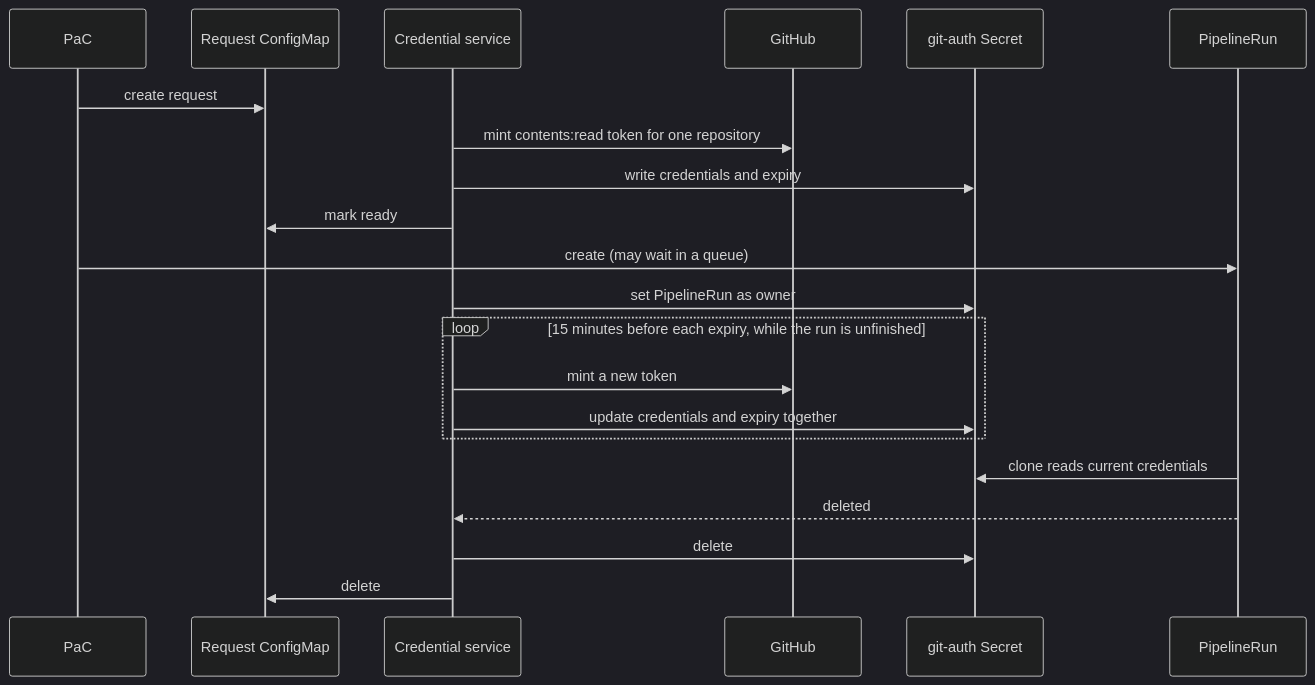
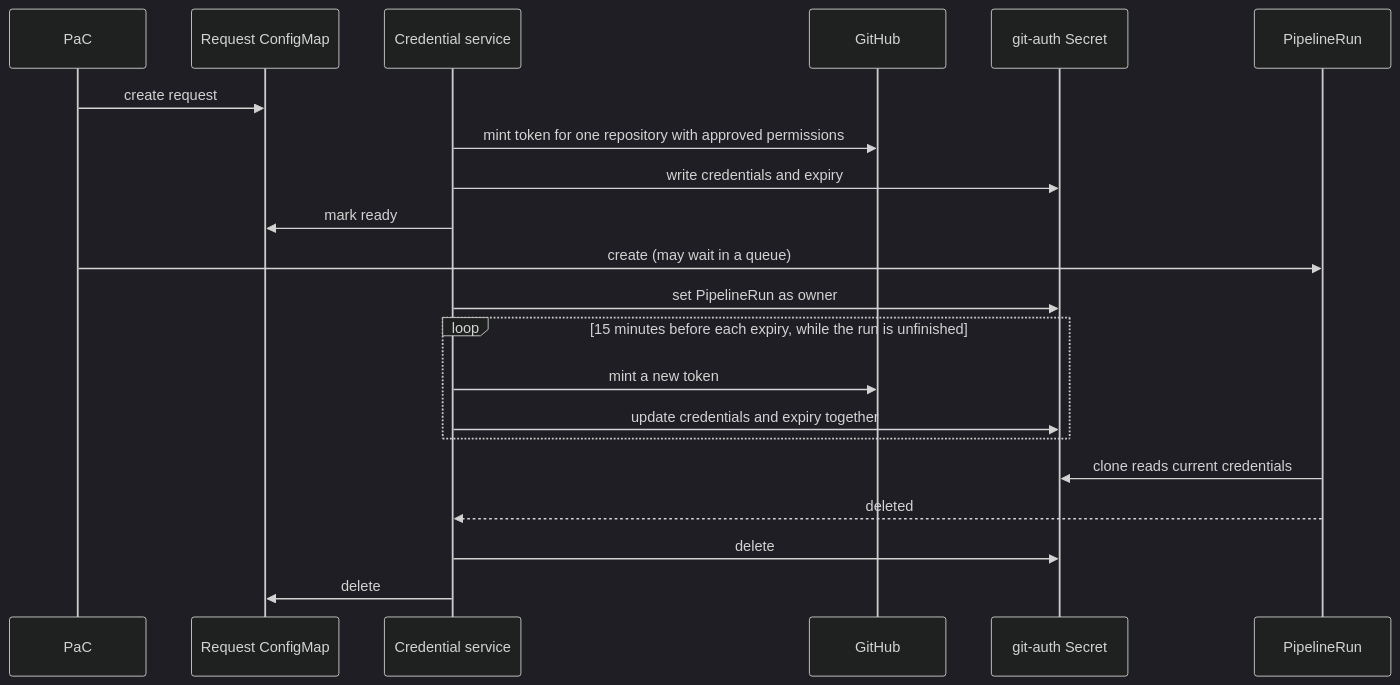
The diagram in ADR/0003-github-credential-service.md (chmouel/osp-architecture), drawn with Mermaid (dark theme) before and after one commit. The commit also changed other lines of this file, not shown here.

First line of the commit message:
docs: Expand GitHub credential service ADR with token permissions

````diff
--- a/ADR/0003-github-credential-service.md
+++ b/ADR/0003-github-credential-service.md
@@ -55,23 +55,23 @@
 ```mermaid
 sequenceDiagram
     participant PaC
     participant Req as Request ConfigMap
     participant Svc as Credential service
     participant GH as GitHub
     participant Sec as git-auth Secret
     participant PR as PipelineRun
     PaC->>Req: create request
-    Svc->>GH: mint contents:read token for one repository
+    Svc->>GH: mint token for one repository with approved permissions
     Svc->>Sec: write credentials and expiry
     Svc->>Req: mark ready
     PaC->>PR: create (may wait in a queue)
     Svc->>Sec: set PipelineRun as owner
     loop 15 minutes before each expiry, while the run is unfinished
         Svc->>GH: mint a new token
         Svc->>Sec: update credentials and expiry together
     end
     PR->>Sec: clone reads current credentials
     PR-->>Svc: deleted
     Svc->>Sec: delete
     Svc->>Req: delete
 ```
````
